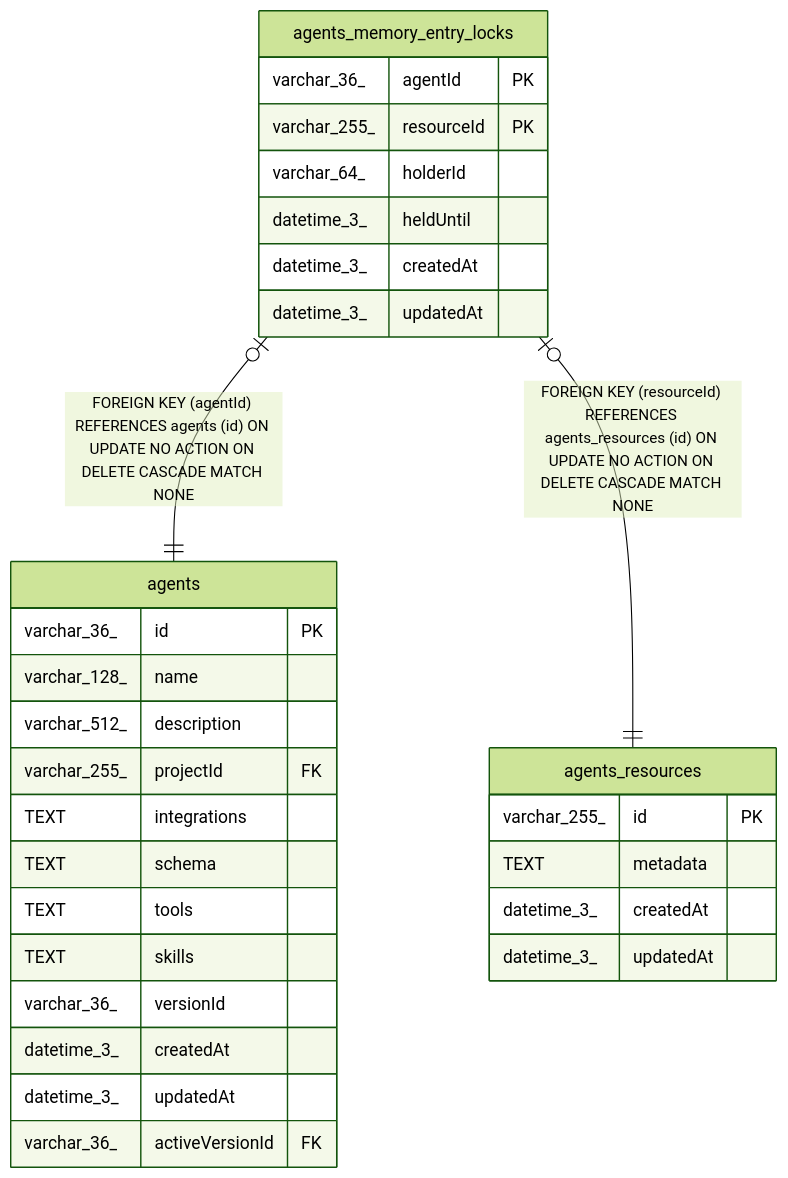
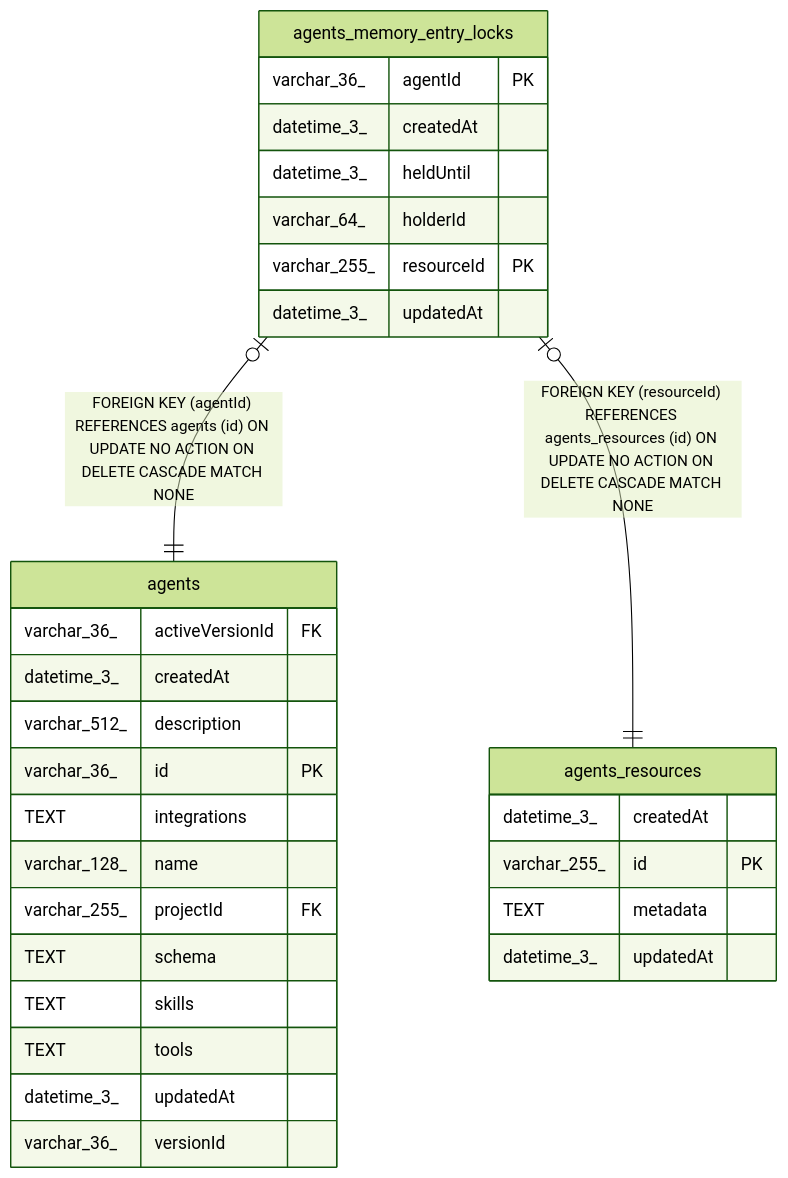
One commit to mayankjain1815-commits/n8n changed the diagram in docs/generated/sqlite-schema/agents_memory_entry_locks.md. Above: the diagram before and after it, drawn with Mermaid (forest theme). The commit also changed other lines of this file and 221 other files, not shown here.

Commit message:
chore(core): Make DB schema docs generation deterministic (#32373)

````diff
--- a/docs/generated/sqlite-schema/agents_memory_entry_locks.md
+++ b/docs/generated/sqlite-schema/agents_memory_entry_locks.md
@@ -44,35 +44,35 @@
 ```mermaid
 erDiagram
 
 "agents_memory_entry_locks" |o--|| "agents" : "FOREIGN KEY (agentId) REFERENCES agents (id) ON UPDATE NO ACTION ON DELETE CASCADE MATCH NONE"
 "agents_memory_entry_locks" |o--|| "agents_resources" : "FOREIGN KEY (resourceId) REFERENCES agents_resources (id) ON UPDATE NO ACTION ON DELETE CASCADE MATCH NONE"
 
 "agents_memory_entry_locks" {
   varchar_36_ agentId PK
+  datetime_3_ createdAt
+  datetime_3_ heldUntil
+  varchar_64_ holderId
   varchar_255_ resourceId PK
-  varchar_64_ holderId
-  datetime_3_ heldUntil
-  datetime_3_ createdAt
   datetime_3_ updatedAt
 }
 "agents" {
+  varchar_36_ activeVersionId FK
+  datetime_3_ createdAt
+  varchar_512_ description
   varchar_36_ id PK
+  TEXT integrations
   varchar_128_ name
-  varchar_512_ description
   varchar_255_ projectId FK
-  TEXT integrations
   TEXT schema
+  TEXT skills
   TEXT tools
-  TEXT skills
+  datetime_3_ updatedAt
   varchar_36_ versionId
-  datetime_3_ createdAt
-  datetime_3_ updatedAt
-  varchar_36_ activeVersionId FK
 }
 "agents_resources" {
+  datetime_3_ createdAt
   varchar_255_ id PK
   TEXT metadata
-  datetime_3_ createdAt
   datetime_3_ updatedAt
 }
 ```
````
